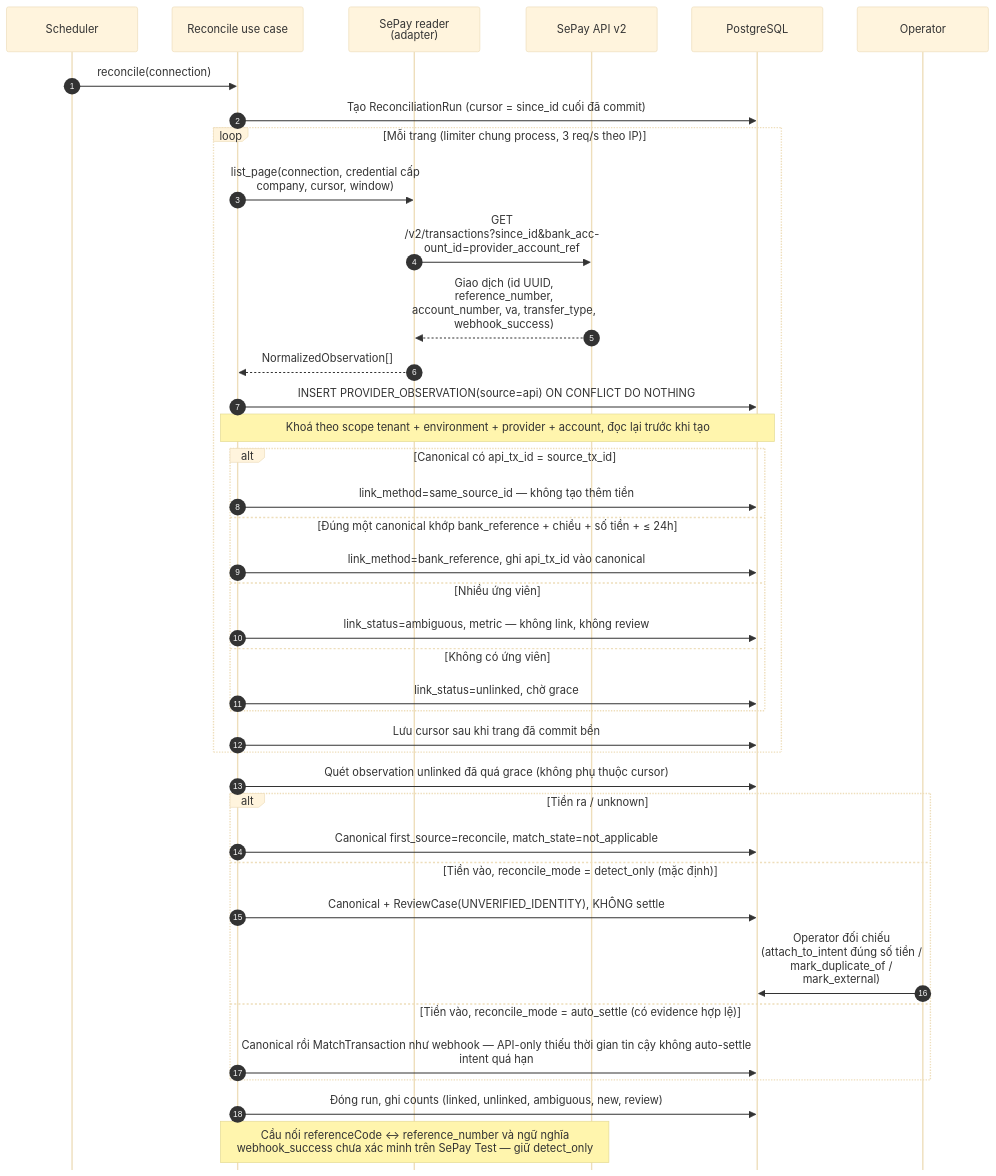
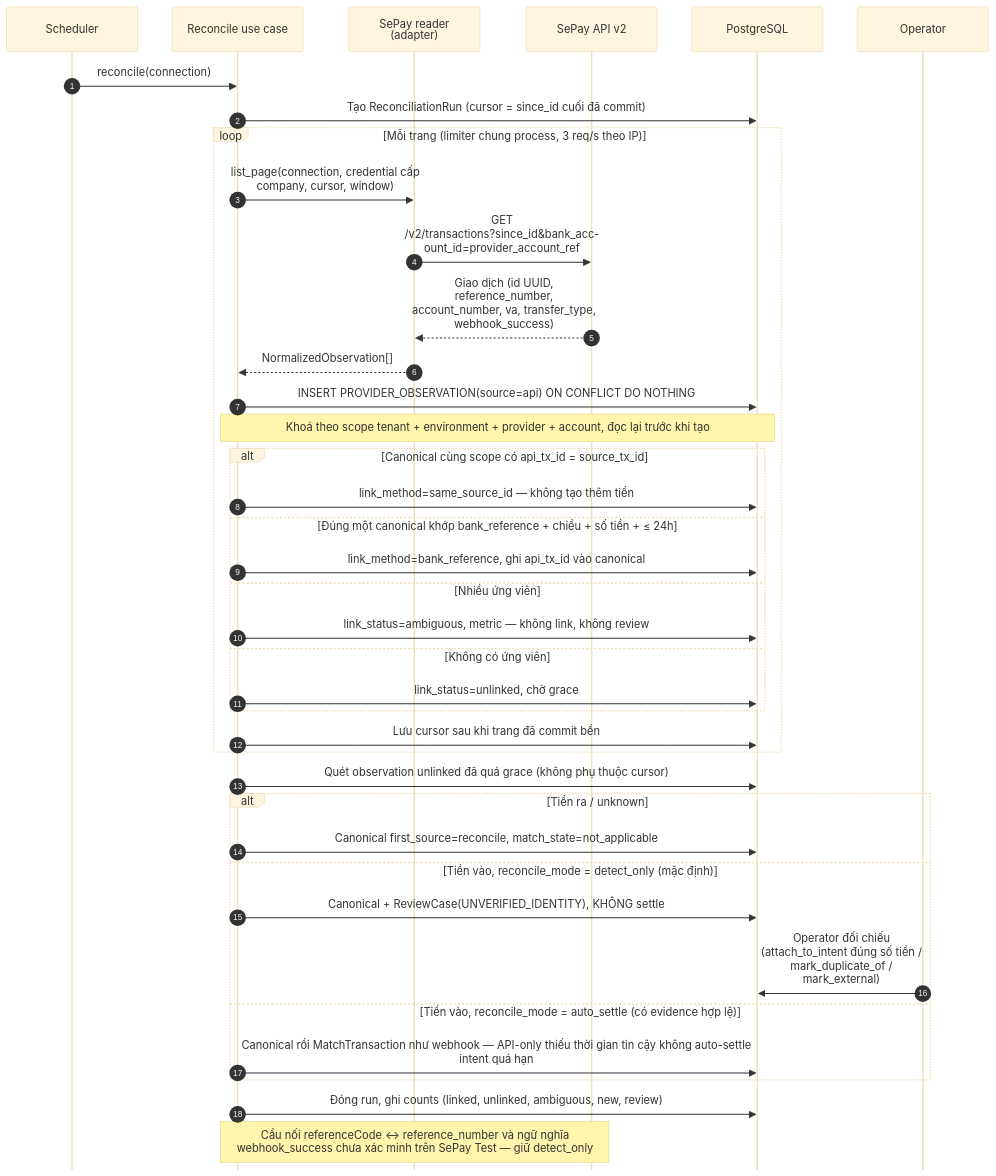
The diagram in diagrams/08-sequence-reconcile.md (phanhaitrieu37/payment-modules), drawn with Mermaid before and after one commit. The commit also changed other lines of this file and 14 other files, not shown here.

Commit message:
docs: tighten ownership and scope constraints before schema freeze

````diff
--- a/diagrams/08-sequence-reconcile.md
+++ b/diagrams/08-sequence-reconcile.md
@@ -16,56 +17,56 @@
 ```mermaid
 ---
 config:
   theme: base
   fontFamily: Arial, Helvetica, sans-serif
   sequence:
     wrap: true
     width: 190
     messageFontSize: 15
     noteFontSize: 14
     actorFontSize: 15
     mirrorActors: false
     showSequenceNumbers: true
   themeVariables:
     fontFamily: "Arial, Helvetica, sans-serif"
 ---
 sequenceDiagram
   autonumber
   participant J as Scheduler
   participant RC as Reconcile use case
   participant TR as SePay reader (adapter)
   participant S as SePay API v2
   participant DB as PostgreSQL
   participant O as Operator
   J->>RC: reconcile(connection)
   RC->>DB: Tạo ReconciliationRun (cursor = since_id cuối đã commit)
   loop Mỗi trang (limiter chung process, 3 req/s theo IP)
     RC->>TR: list_page(connection, credential cấp company, cursor, window)
     TR->>S: GET /v2/transactions?since_id&bank_account_id=provider_account_ref
     S-->>TR: Giao dịch (id UUID, reference_number, account_number, va, transfer_type, webhook_success)
     TR-->>RC: NormalizedObservation[]
     RC->>DB: INSERT PROVIDER_OBSERVATION(source=api) ON CONFLICT DO NOTHING
     Note over RC,DB: Khoá theo scope tenant + environment + provider + account, đọc lại trước khi tạo
-    alt Canonical có api_tx_id = source_tx_id
+    alt Canonical cùng scope có api_tx_id = source_tx_id
       RC->>DB: link_method=same_source_id — không tạo thêm tiền
     else Đúng một canonical khớp bank_reference + chiều + số tiền + ≤ 24h
       RC->>DB: link_method=bank_reference, ghi api_tx_id vào canonical
     else Nhiều ứng viên
       RC->>DB: link_status=ambiguous, metric — không link, không review
     else Không có ứng viên
       RC->>DB: link_status=unlinked, chờ grace
     end
     RC->>DB: Lưu cursor sau khi trang đã commit bền
   end
   RC->>DB: Quét observation unlinked đã quá grace (không phụ thuộc cursor)
   alt Tiền ra / unknown
     RC->>DB: Canonical first_source=reconcile, match_state=not_applicable
   else Tiền vào, reconcile_mode = detect_only (mặc định)
     RC->>DB: Canonical + ReviewCase(UNVERIFIED_IDENTITY), KHÔNG settle
     O->>DB: Operator đối chiếu (attach_to_intent đúng số tiền / mark_duplicate_of / mark_external)
   else Tiền vào, reconcile_mode = auto_settle (có evidence hợp lệ)
     RC->>DB: Canonical rồi MatchTransaction như webhook — API-only thiếu thời gian tin cậy không auto-settle intent quá hạn
   end
   RC->>DB: Đóng run, ghi counts (linked, unlinked, ambiguous, new, review)
   Note over RC,S: Cầu nối referenceCode ↔ reference_number và ngữ nghĩa webhook_success chưa xác minh trên SePay Test — giữ detect_only
 ```
````
